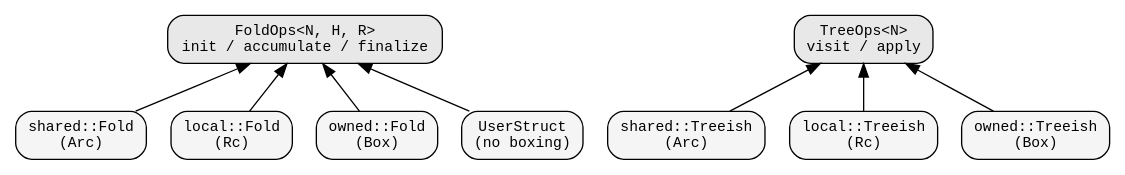
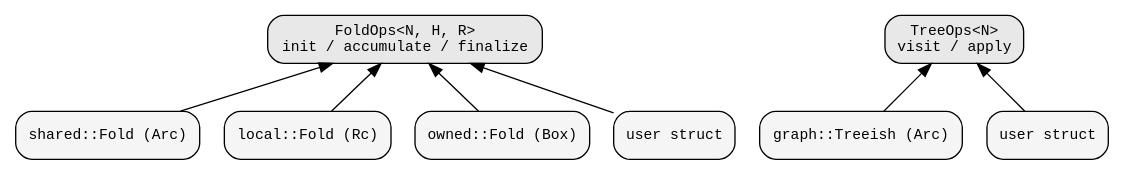
One commit to hylic-recursion/hylic-docs changed the second of 2 diagrams in book/src/design/domains.md. Above: the diagram before and after it, drawn with Graphviz. The commit also changed other lines of this file and 16 other files, not shown here.

````diff
--- a/book/src/design/domains.md
+++ b/book/src/design/domains.md
@@ -90,28 +88,26 @@
 ```dot process
 digraph {
     rankdir=TB;
     node [shape=box, style="rounded,filled", fillcolor="#f5f5f5", fontname="monospace", fontsize=11];
     edge [fontname="sans-serif", fontsize=10];
 
     foldops [label="FoldOps<N, H, R>\ninit / accumulate / finalize", fillcolor="#e8e8e8"];
     treeops [label="TreeOps<N>\nvisit / apply", fillcolor="#e8e8e8"];
 
-    sf [label="shared::Fold\n(Arc)"];
-    lf [label="local::Fold\n(Rc)"];
-    of [label="owned::Fold\n(Box)"];
-    uf [label="UserStruct\n(no boxing)"];
+    sf [label="shared::Fold (Arc)"];
+    lf [label="local::Fold (Rc)"];
+    of [label="owned::Fold (Box)"];
+    uf [label="user struct"];
 
-    st [label="shared::Treeish\n(Arc)"];
-    lt [label="local::Treeish\n(Rc)"];
-    ot [label="owned::Treeish\n(Box)"];
+    gt [label="graph::Treeish (Arc)"];
+    ut [label="user struct"];
 
     foldops -> sf [dir=back];
     foldops -> lf [dir=back];
     foldops -> of [dir=back];
     foldops -> uf [dir=back];
 
-    treeops -> st [dir=back];
-    treeops -> lt [dir=back];
-    treeops -> ot [dir=back];
+    treeops -> gt [dir=back];
+    treeops -> ut [dir=back];
 }
 ```
````
